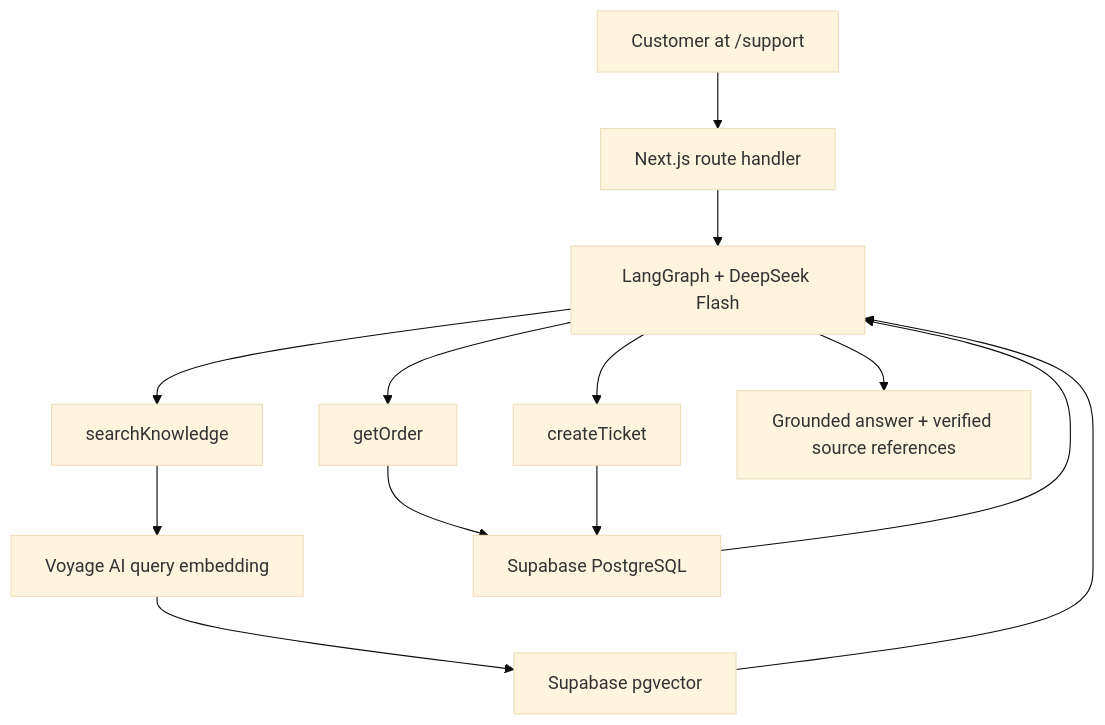
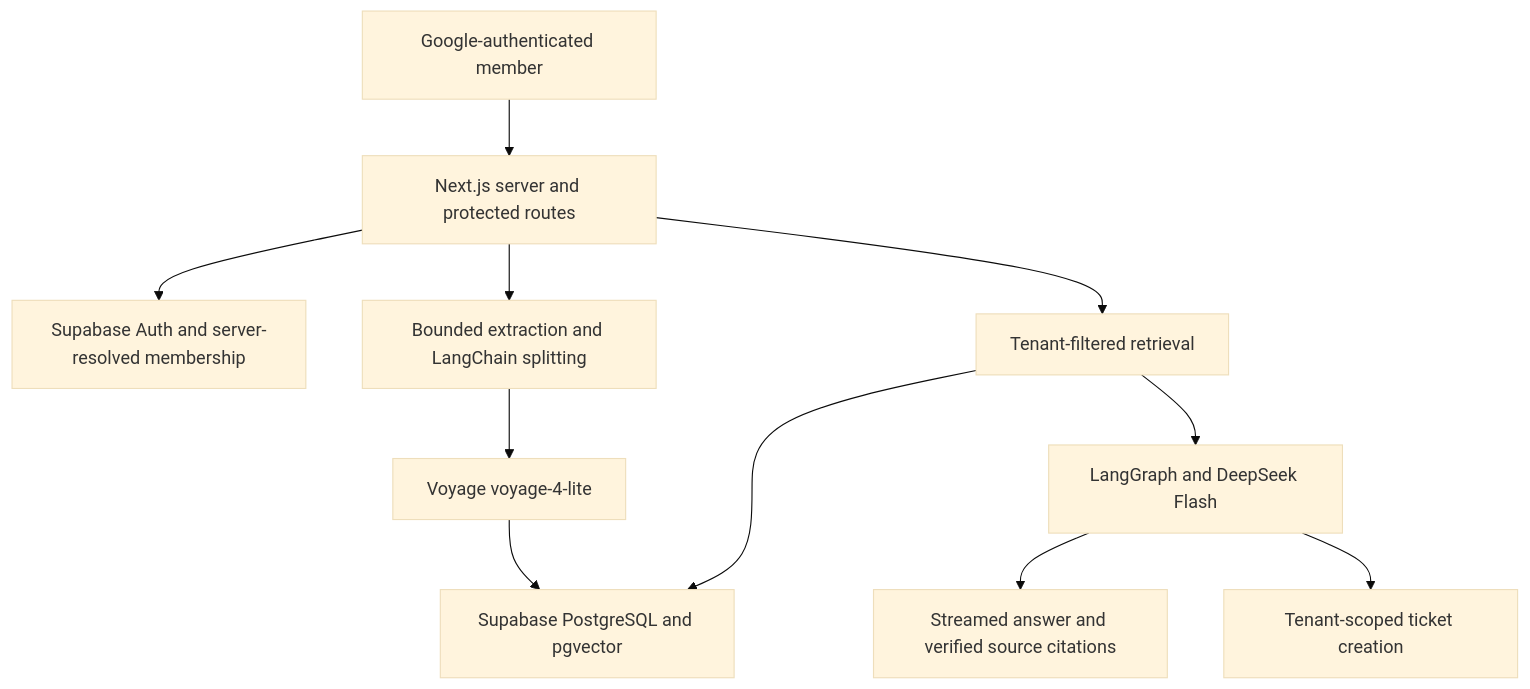
The diagram in README.md (ianpurif/resolvo), drawn with Mermaid (base theme) before and after one commit. The commit also changed other lines of this file and 88 other files, not shown here.

````diff
--- a/README.md
+++ b/README.md
@@ -29,15 +93,13 @@
 ```mermaid
 flowchart TD
-  Customer[Customer at /support] --> Server[Next.js route handler]
-  Server --> Agent[LangGraph + DeepSeek Flash]
-  Agent --> Search[searchKnowledge]
-  Agent --> Order[getOrder]
-  Agent --> Ticket[createTicket]
-  Search --> Embed[Voyage AI query embedding]
-  Embed --> Vectors[Supabase pgvector]
-  Order --> DB[Supabase PostgreSQL]
-  Ticket --> DB
-  Vectors --> Agent
-  DB --> Agent
-  Agent --> Reply[Grounded answer + verified source references]
+  User[Google-authenticated member] --> App[Next.js server and protected routes]
+  App --> Auth[Supabase Auth and server-resolved membership]
+  App --> Ingest[Bounded extraction and LangChain splitting]
+  Ingest --> Voyage[Voyage voyage-4-lite]
+  Voyage --> SQL[Supabase PostgreSQL and pgvector]
+  App --> RAG[Tenant-filtered retrieval]
+  RAG --> SQL
+  RAG --> Agent[LangGraph and DeepSeek Flash]
+  Agent --> Stream[Streamed answer and verified source citations]
+  Agent --> Tickets[Tenant-scoped ticket creation]
 ```
````
